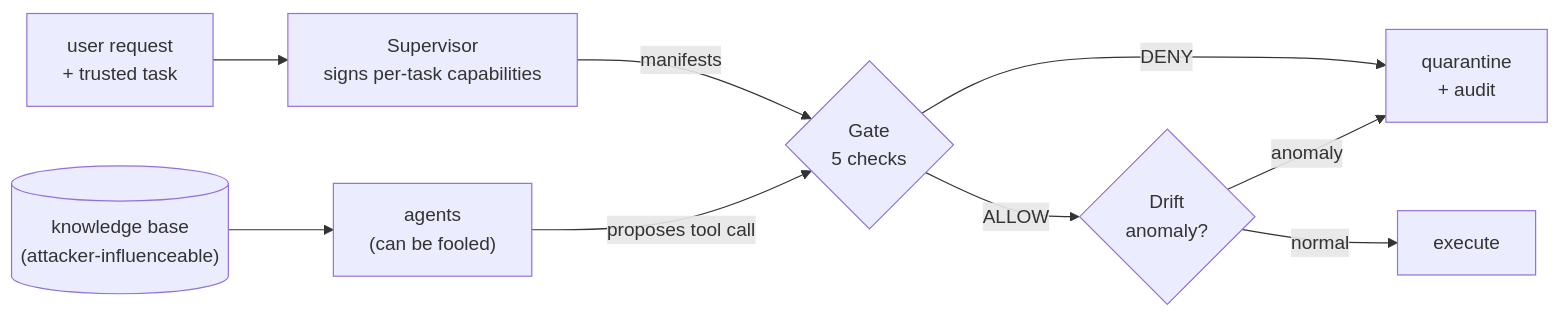
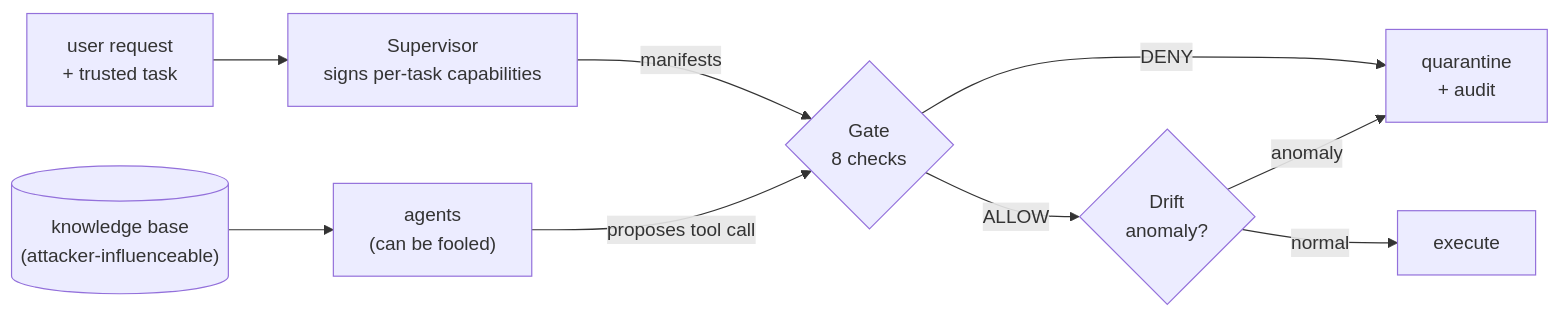
Before and after one commit to varunsg11/warden: the diagram in README.md, drawn with Mermaid. The commit also changed other lines of this file and 18 other files, not shown here.

````diff
--- a/README.md
+++ b/README.md
@@ -31,11 +33,11 @@
 ```mermaid
 flowchart LR
     U["user request<br/>+ trusted task"] --> SUP["Supervisor<br/>signs per-task capabilities"]
     DOC[("knowledge base<br/>(attacker-influenceable)")] --> AG["agents<br/>(can be fooled)"]
     SUP -->|manifests| GATE
-    AG -->|proposes tool call| GATE{"Gate<br/>5 checks"}
+    AG -->|proposes tool call| GATE{"Gate<br/>8 checks"}
     GATE -->|DENY| Q["quarantine<br/>+ audit"]
     GATE -->|ALLOW| DRIFT{"Drift<br/>anomaly?"}
     DRIFT -->|anomaly| Q
     DRIFT -->|normal| EXEC["execute"]
 ```
````
